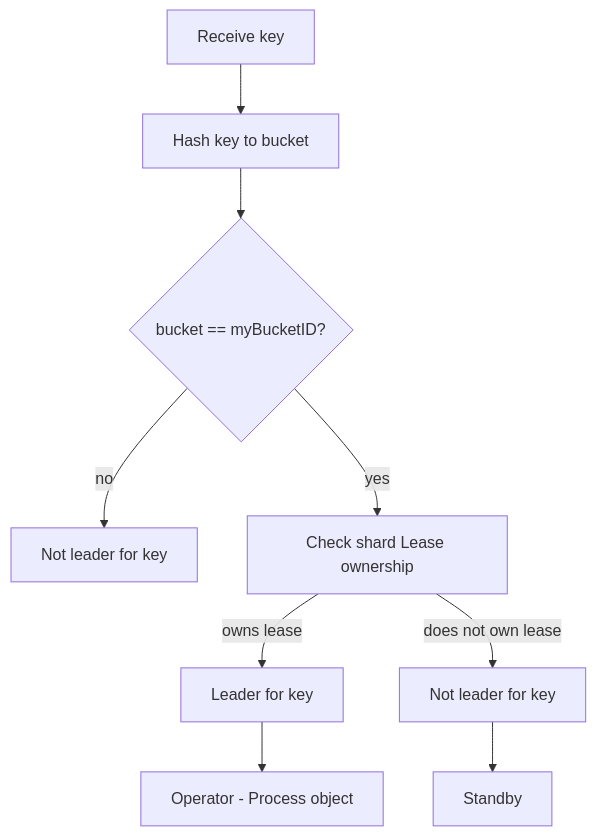
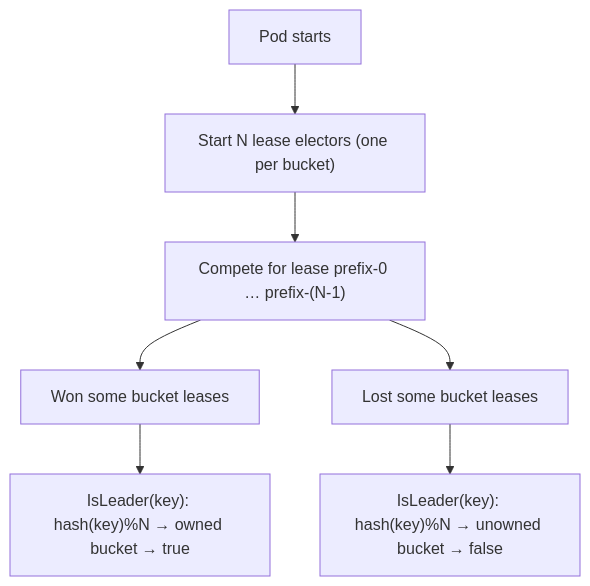
One commit to sanketsudake/k8s-operator-leader-election changed the second of 5 diagrams in README.md. Above: the diagram before and after it, drawn with Mermaid. The commit also changed other lines of this file and 10 other files, not shown here.

````diff
--- a/README.md
+++ b/README.md
@@ -32,11 +40,9 @@
 ```mermaid
 flowchart TD
-    A[Receive key] --> B[Hash key to bucket]
-    B --> C{bucket == myBucketID?}
-    C -->|no| D[Not leader for key]
-    C -->|yes| E[Check shard Lease ownership]
-    E -->|owns lease| F[Leader for key]
-    E -->|does not own lease| G[Not leader for key]
-    F --> H[Operator - Process object]
-    G --> I[Standby]
+    A[Pod starts] --> B["Start N lease electors (one per bucket)"]
+    B --> C["Compete for lease prefix-0 … prefix-(N-1)"]
+    C --> D[Won some bucket leases]
+    C --> E[Lost some bucket leases]
+    D --> F["IsLeader(key): hash(key)%N → owned bucket → true"]
+    E --> G["IsLeader(key): hash(key)%N → unowned bucket → false"]
 ```
````
